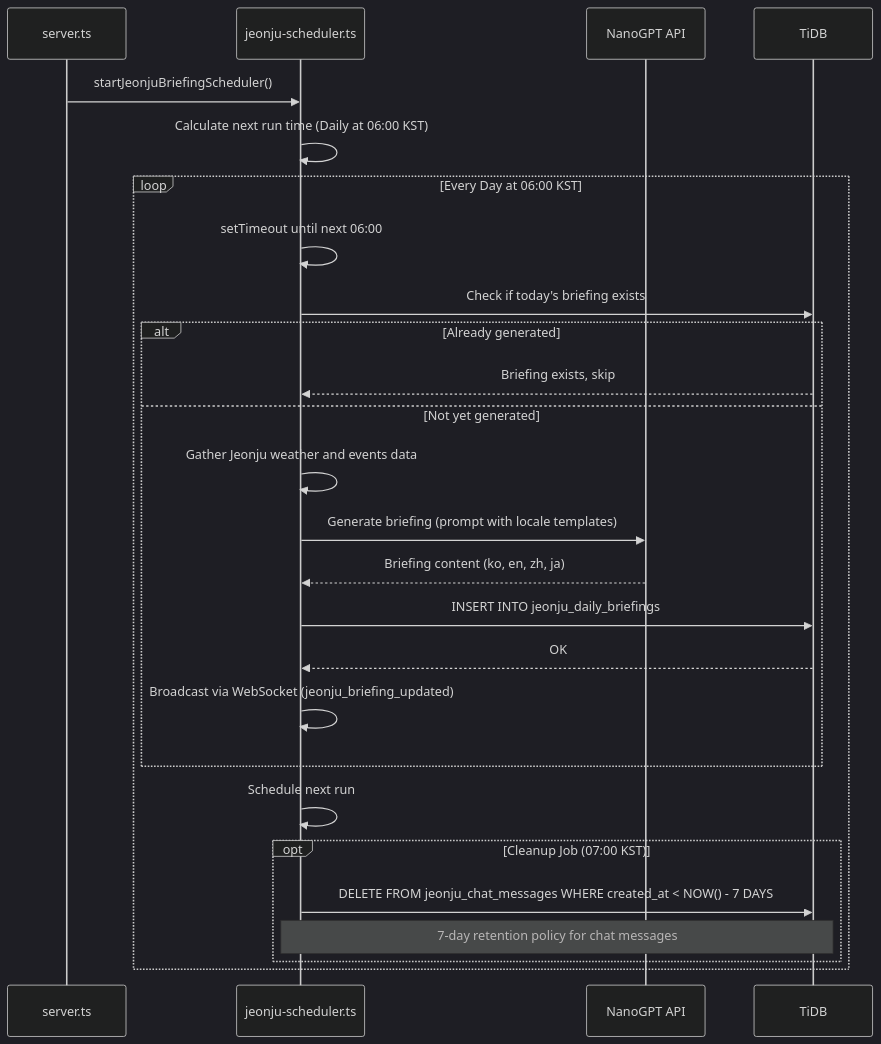
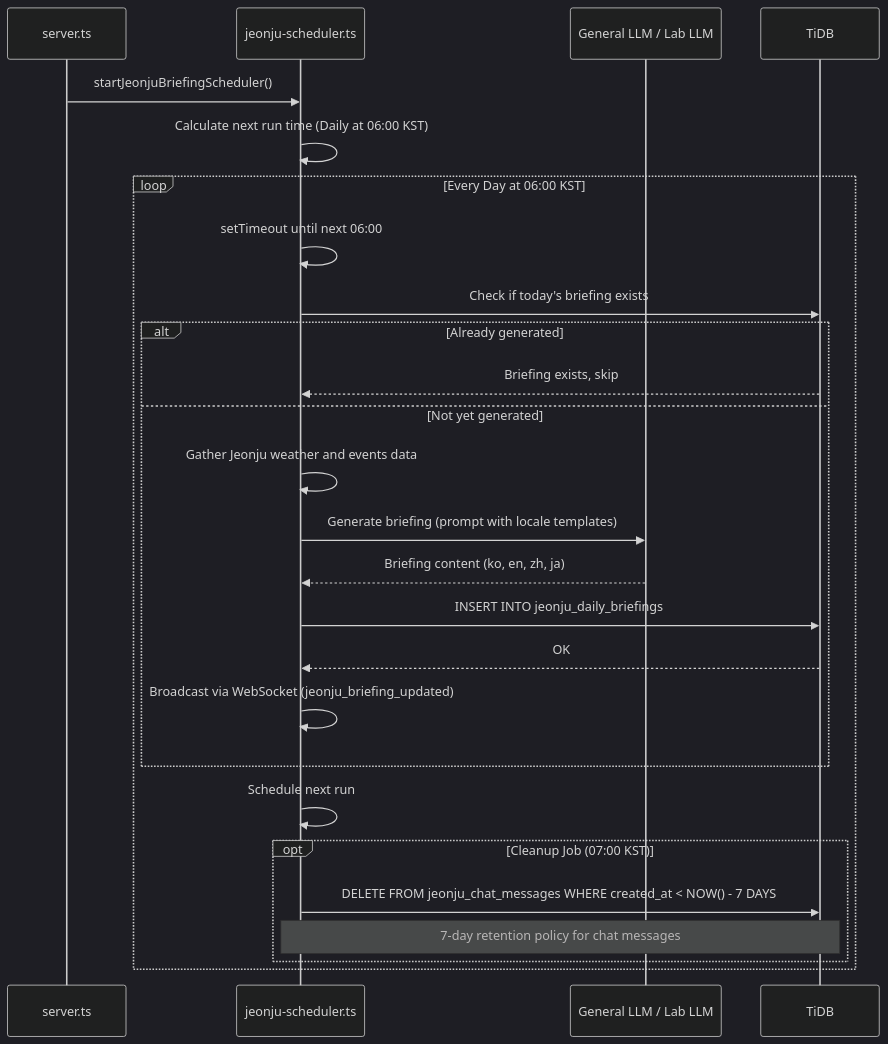
Diagram 17 of 17 in docs/ARCHITECTURE_UML.md (kim0040/Nadeulhae), drawn with Mermaid (dark theme) before and after one commit. The commit also changed other lines of this file and 28 other files, not shown here.

First line of the commit message:
refactor: split LLM into general-llm and lab-llm with OpenAI-compatible core

````diff
--- a/docs/ARCHITECTURE_UML.md
+++ b/docs/ARCHITECTURE_UML.md
@@ -1341,36 +1340,36 @@
 ```mermaid
 sequenceDiagram
     participant Server as server.ts
     participant Scheduler as jeonju-scheduler.ts
-    participant LLM as NanoGPT API
+    participant LLM as General LLM / Lab LLM
     participant DB as TiDB
 
     Server->>Scheduler: startJeonjuBriefingScheduler()
     Scheduler->>Scheduler: Calculate next run time (Daily at 06:00 KST)
 
     loop Every Day at 06:00 KST
         Scheduler->>Scheduler: setTimeout until next 06:00
         
         Scheduler->>DB: Check if today's briefing exists
         alt Already generated
             DB-->>Scheduler: Briefing exists, skip
         else Not yet generated
             Scheduler->>Scheduler: Gather Jeonju weather and events data
             
             Scheduler->>LLM: Generate briefing (prompt with locale templates)
             LLM-->>Scheduler: Briefing content (ko, en, zh, ja)
             
             Scheduler->>DB: INSERT INTO jeonju_daily_briefings
             DB-->>Scheduler: OK
             
             Scheduler->>Scheduler: Broadcast via WebSocket (jeonju_briefing_updated)
         end
         
         Scheduler->>Scheduler: Schedule next run
 
         opt Cleanup Job (07:00 KST)
             Scheduler->>DB: DELETE FROM jeonju_chat_messages WHERE created_at < NOW() - 7 DAYS
             Note over Scheduler,DB: 7-day retention policy for chat messages
         end
     end
 ```
````
